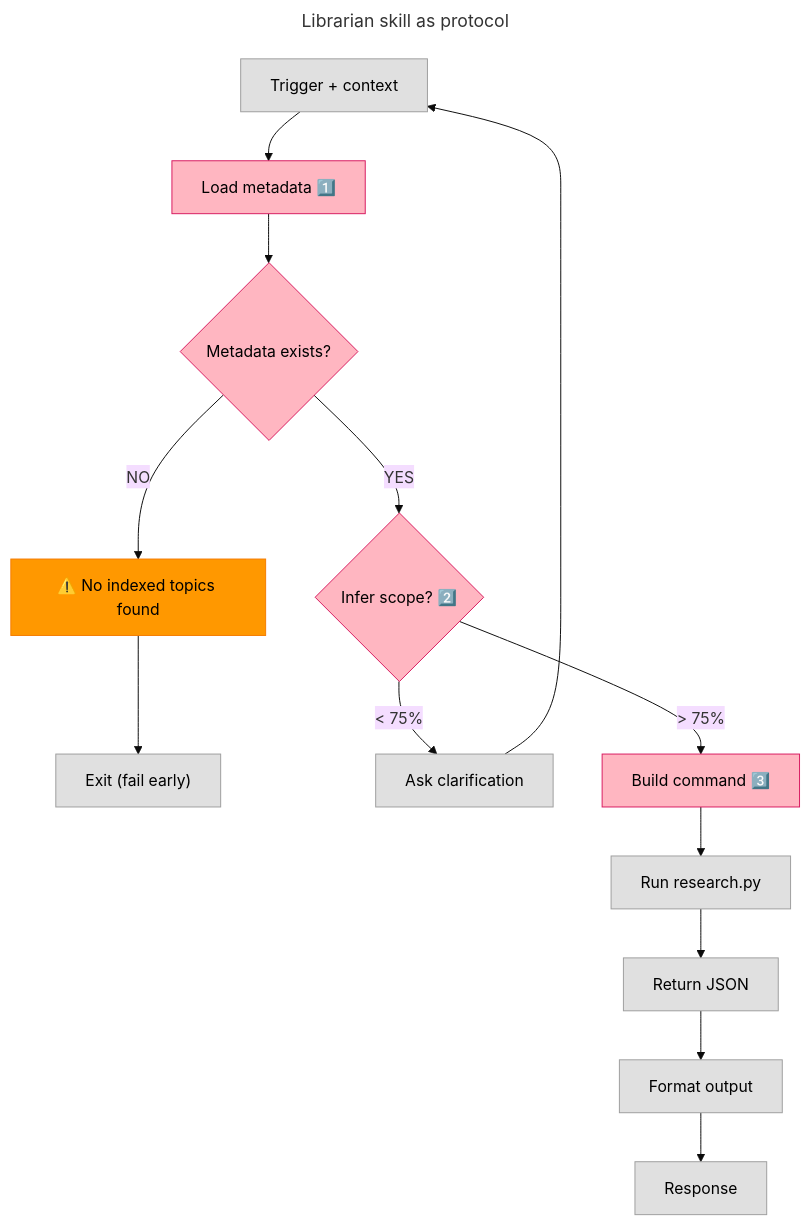
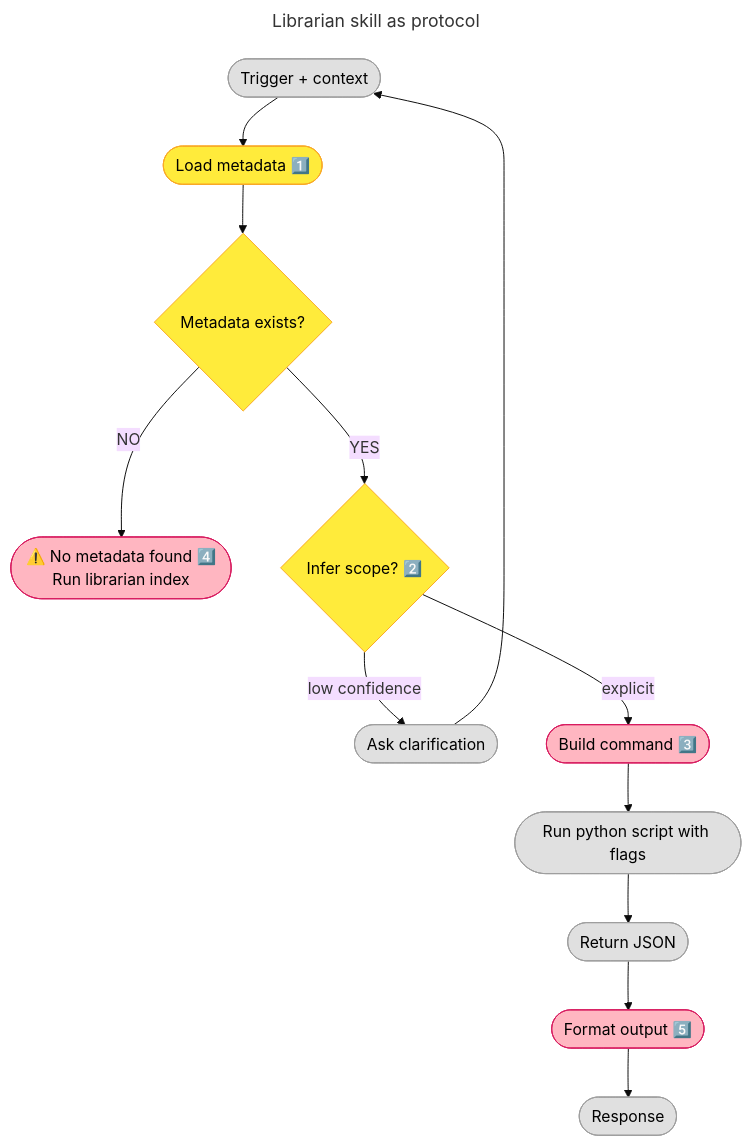
Before and after one commit to nonlinear/librarian: the diagram in backstage/epic-notes/v0.15.0-skill-protocol.md, drawn with Mermaid (base theme). The commit also changed other lines of this file, not shown here.

First line of the commit message:
arch: Update diagram with curved nodes + hard stop

````diff
--- a/backstage/epic-notes/v0.15.0-skill-protocol.md
+++ b/backstage/epic-notes/v0.15.0-skill-protocol.md
@@ -1,35 +1,33 @@
 ```mermaid
 ---
 title: Librarian skill as protocol
 ---
 flowchart TD
-    TRIGGER["Trigger + context"]
-    TRIGGER --> METADATA["Load metadata 1️⃣"]
+    TRIGGER(["Trigger + context"])
+    TRIGGER --> METADATA(["Load metadata 1️⃣"])
     METADATA --> CHECK{"Metadata exists?"}
-    CHECK -->|NO| ERROR["⚠️ No indexed topics found"]
-    ERROR --> EXIT["Exit (fail early)"]
+    CHECK -->|NO| ERROR(["⚠️ No metadata found 4️⃣<br/>Run librarian index"])
     CHECK -->|YES| INFER{"Infer scope? 2️⃣"}
     
-    INFER -->|"< 75%"| CLARIFY["Ask clarification"]
+    INFER -->|"low confidence"| CLARIFY(["Ask clarification"])
     CLARIFY --> TRIGGER
     
-    INFER -->|"> 75%"| BUILD["Build command 3️⃣"]
+    INFER -->|"explicit"| BUILD(["Build command 3️⃣"])
     
-    BUILD --> EXEC["Run research.py"]
-    EXEC --> JSON["Return JSON"]
-    JSON --> FORMAT["Format output"]
-    FORMAT --> USER["Response"]
+    BUILD --> EXEC(["Run python script with flags"])
+    EXEC --> JSON(["Return JSON"])
+    JSON --> FORMAT(["Format output 5️⃣"])
+    FORMAT --> USER(["Response"])
     
     style TRIGGER fill:#E0E0E0,stroke:#9E9E9E,color:#000
-    style METADATA fill:#FFB6C1,stroke:#D81B60,color:#000
-    style INFER fill:#FFB6C1,stroke:#D81B60,color:#000
+    style METADATA fill:#FFEB3B,stroke:#F9A825,color:#000
+    style INFER fill:#FFEB3B,stroke:#F9A825,color:#000
     style CLARIFY fill:#E0E0E0,stroke:#9E9E9E,color:#000
     style BUILD fill:#FFB6C1,stroke:#D81B60,color:#000
     style EXEC fill:#E0E0E0,stroke:#9E9E9E,color:#000
     style JSON fill:#E0E0E0,stroke:#9E9E9E,color:#000
-    style FORMAT fill:#E0E0E0,stroke:#9E9E9E,color:#000
+    style FORMAT fill:#FFB6C1,stroke:#D81B60,color:#000
     style USER fill:#E0E0E0,stroke:#9E9E9E,color:#000
-    style CHECK fill:#FFB6C1,stroke:#D81B60,color:#000
-    style ERROR fill:#FF9800,stroke:#F57C00,color:#000
-    style EXIT fill:#E0E0E0,stroke:#9E9E9E,color:#000
+    style CHECK fill:#FFEB3B,stroke:#F9A825,color:#000
+    style ERROR fill:#FFB6C1,stroke:#D81B60,color:#000
 ```
````
